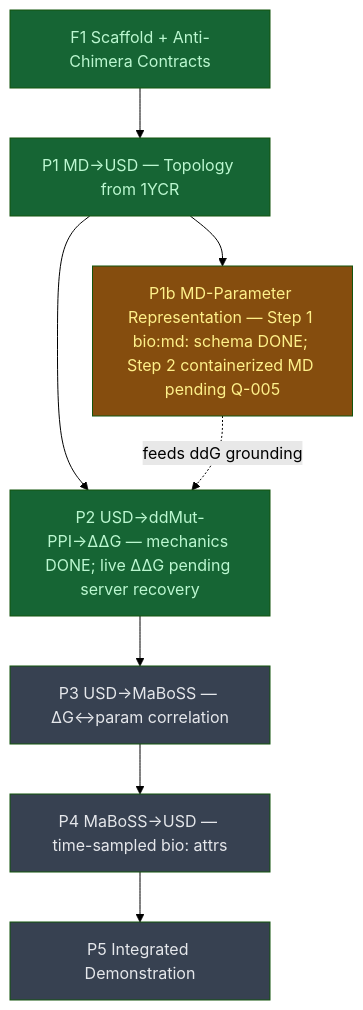
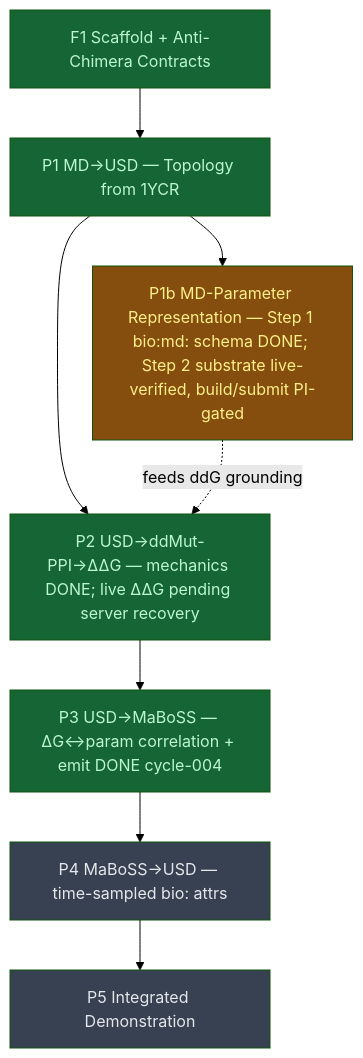
The diagram in __roadmap__/p53_mdm2/README.md (LittleCoinCoin/usd-bio), drawn with Mermaid (forest theme) before and after one commit. The commit also changed other lines of this file and 1 other file, not shown here.

First line of the commit message:
docs(p53-mdm2): roadmap status after cycle-004 (P3 done, p1b Step 2 substrate verified)

````diff
--- a/__roadmap__/p53_mdm2/README.md
+++ b/__roadmap__/p53_mdm2/README.md
@@ -31,22 +31,22 @@
 ```mermaid
 graph TD
     f1_scaffold[F1 Scaffold + Anti-Chimera Contracts]:::done
     p1_topology[P1 MD→USD — Topology from 1YCR]:::done
-    p1b_mdparams[P1b MD-Parameter Representation — Step 1 bio:md: schema DONE; Step 2 containerized MD pending Q-005]:::inprogress
+    p1b_mdparams[P1b MD-Parameter Representation — Step 1 bio:md: schema DONE; Step 2 substrate live-verified, build/submit PI-gated]:::inprogress
     p2_ddg[P2 USD→ddMut-PPI→ΔΔG — mechanics DONE; live ΔΔG pending server recovery]:::done
-    p3_maboss[P3 USD→MaBoSS — ΔG↔param correlation]:::planned
+    p3_maboss[P3 USD→MaBoSS — ΔG↔param correlation + emit DONE cycle-004]:::done
     p4_readback[P4 MaBoSS→USD — time-sampled bio: attrs]:::planned
     p5_demo[P5 Integrated Demonstration]:::planned
     f1_scaffold --> p1_topology
     p1_topology --> p1b_mdparams
     p1_topology --> p2_ddg
     p2_ddg --> p3_maboss
     p3_maboss --> p4_readback
     p4_readback --> p5_demo
     p1b_mdparams -.feeds ddG grounding.-> p2_ddg
     classDef done       fill:#166534,color:#bbf7d0
     classDef inprogress fill:#854d0e,color:#fef08a
     classDef planned    fill:#374151,color:#e5e7eb
     classDef amendment  fill:#1e3a5f,color:#bfdbfe
     classDef blocked    fill:#7f1d1d,color:#fecaca
 ```
````
